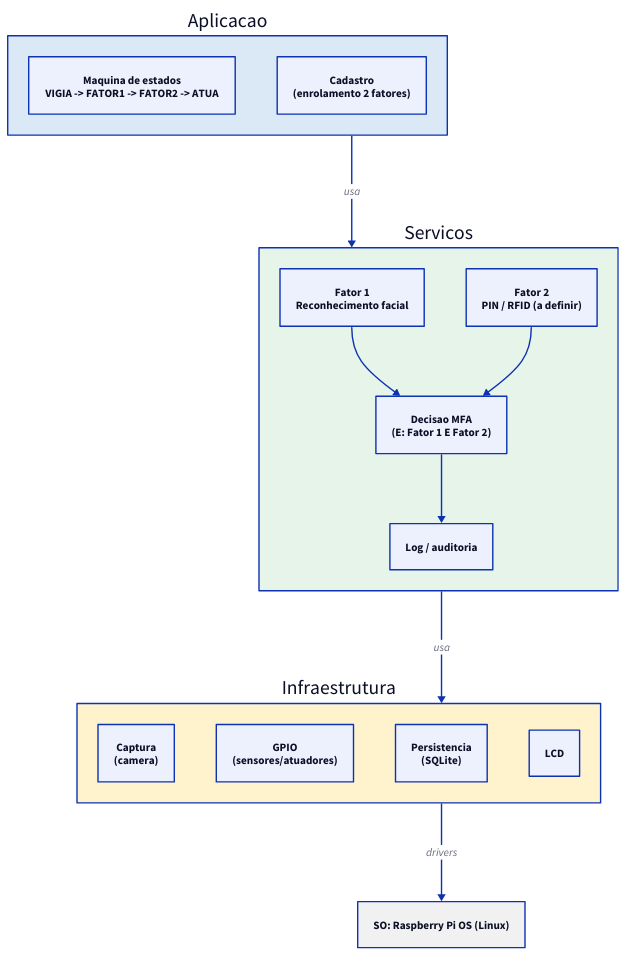
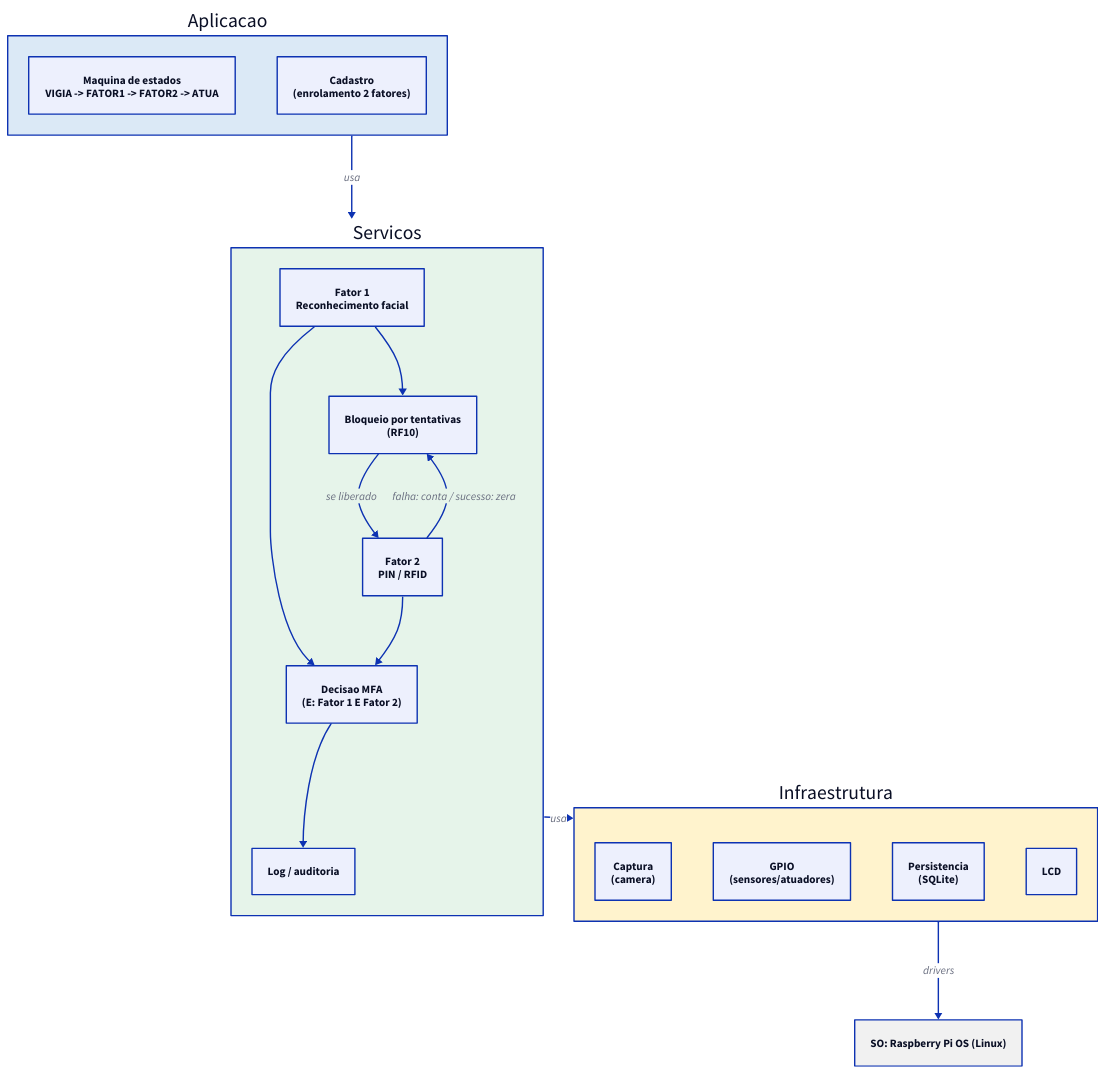
The diagram in docs/diagramas/arquitetura_software.d2 (LucaBompiani/pcs3732-sentinel), drawn with D2 before and after one commit. The commit also changed 19 other files, not shown here.

Commit message:
servomotor, block de user por tentativas erradas

```diff
--- a/docs/diagramas/arquitetura_software.d2
+++ b/docs/diagramas/arquitetura_software.d2
@@ -1,40 +1,44 @@
-# Arquitetura de software (camadas) — proposta preliminar (Semana 1)
+# Arquitetura de software (camadas)
 # Reflete src/sentinel/{app,services,infra}. Simplificado: setas so entre
 # camadas adjacentes, exceto o miolo da decisao MFA (destaque proposital).
 
 direction: down
 
 aplicacao: "Aplicacao" {
   style.fill: "#dbe9f6"
   maquina_estados: "Maquina de estados\nVIGIA -> FATOR1 -> FATOR2 -> ATUA" { shape: rectangle }
   cadastro: "Cadastro\n(enrolamento 2 fatores)" { shape: rectangle }
 }
 
 servicos: "Servicos" {
   style.fill: "#e6f4ea"
   reconhecimento_facial: "Fator 1\nReconhecimento facial" { shape: rectangle }
-  verificacao_fator2: "Fator 2\nPIN / RFID (a definir)" { shape: rectangle }
+  bloqueio: "Bloqueio por tentativas\n(RF10)" { shape: rectangle }
+  verificacao_fator2: "Fator 2\nPIN / RFID" { shape: rectangle }
   decisao_mfa: "Decisao MFA\n(E: Fator 1 E Fator 2)" { shape: rectangle; style.stroke-width: 2 }
   auditoria: "Log / auditoria" { shape: rectangle }
 
+  reconhecimento_facial -> bloqueio
+  bloqueio -> verificacao_fator2: "se liberado"
   reconhecimento_facial -> decisao_mfa
   verificacao_fator2 -> decisao_mfa
+  verificacao_fator2 -> bloqueio: "falha: conta / sucesso: zera"
   decisao_mfa -> auditoria
 }
 
 infraestrutura: "Infraestrutura" {
   style.fill: "#fff3cd"
   captura: "Captura\n(camera)" { shape: rectangle }
   gpio: "GPIO\n(sensores/atuadores)" { shape: rectangle }
   persistencia: "Persistencia\n(SQLite)" { shape: rectangle }
   lcd_drv: "LCD" { shape: rectangle }
 }
 
 so: "SO: Raspberry Pi OS (Linux)" {
   shape: rectangle
   style.fill: "#f1f1f1"
 }
 
 aplicacao -> servicos: "usa"
 servicos -> infraestrutura: "usa"
 infraestrutura -> so: "drivers"
```
